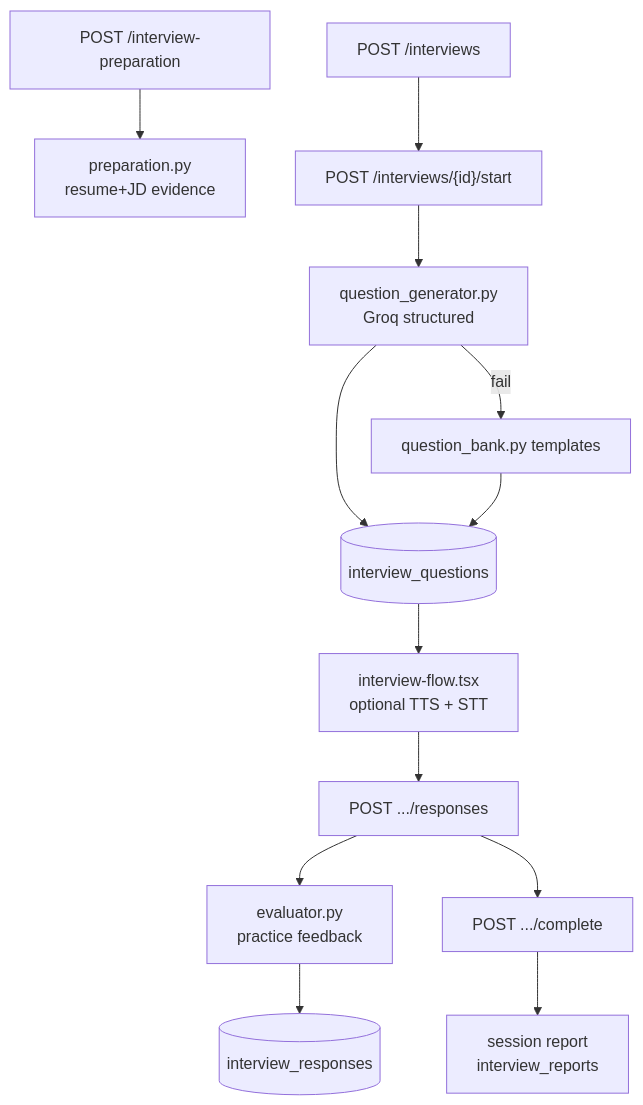
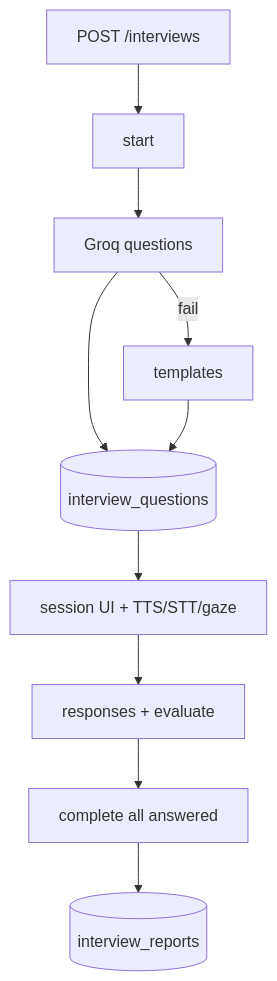
The fifth of 8 diagrams in docs/DOCUMENTATION.md (RonakkudalAI/AI-Career-Copilot), drawn with Mermaid before and after one commit. The commit also changed other lines of this file and 28 other files, not shown here.

````diff
--- a/docs/DOCUMENTATION.md
+++ b/docs/DOCUMENTATION.md
@@ -1176,15 +915,12 @@
 ```mermaid
 flowchart TB
-  PREP["POST /interview-preparation"] --> PREP_MOD["preparation.py<br/>resume+JD evidence"]
-  CREATE["POST /interviews"] --> START["POST /interviews/{id}/start"]
-  START --> QG["question_generator.py<br/>Groq structured"]
-  QG -->|fail| QB["question_bank.py templates"]
-  QG --> QS[("interview_questions")]
+  CREATE[POST /interviews] --> START[start]
+  START --> QG[Groq questions]
+  QG -->|fail| QB[templates]
+  QG --> QS[(interview_questions)]
   QB --> QS
-  QS --> UI["interview-flow.tsx<br/>optional TTS + STT"]
-  UI --> RESP["POST .../responses"]
-  RESP --> EVAL["evaluator.py<br/>practice feedback"]
-  EVAL --> RR[("interview_responses")]
-  RESP --> COMP["POST .../complete"]
-  COMP --> REP["session report<br/>interview_reports"]
+  QS --> UI[session UI + TTS/STT/gaze]
+  UI --> RESP[responses + evaluate]
+  RESP --> COMP[complete all answered]
+  COMP --> REP[(interview_reports)]
 ```
````
